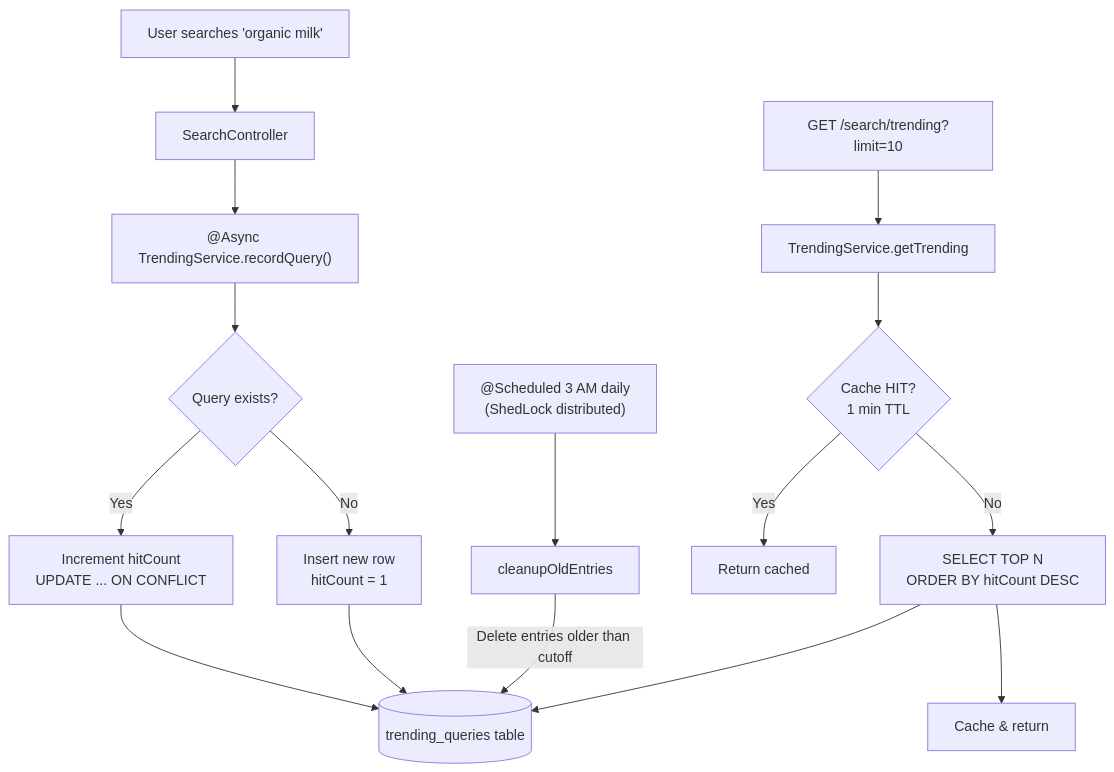
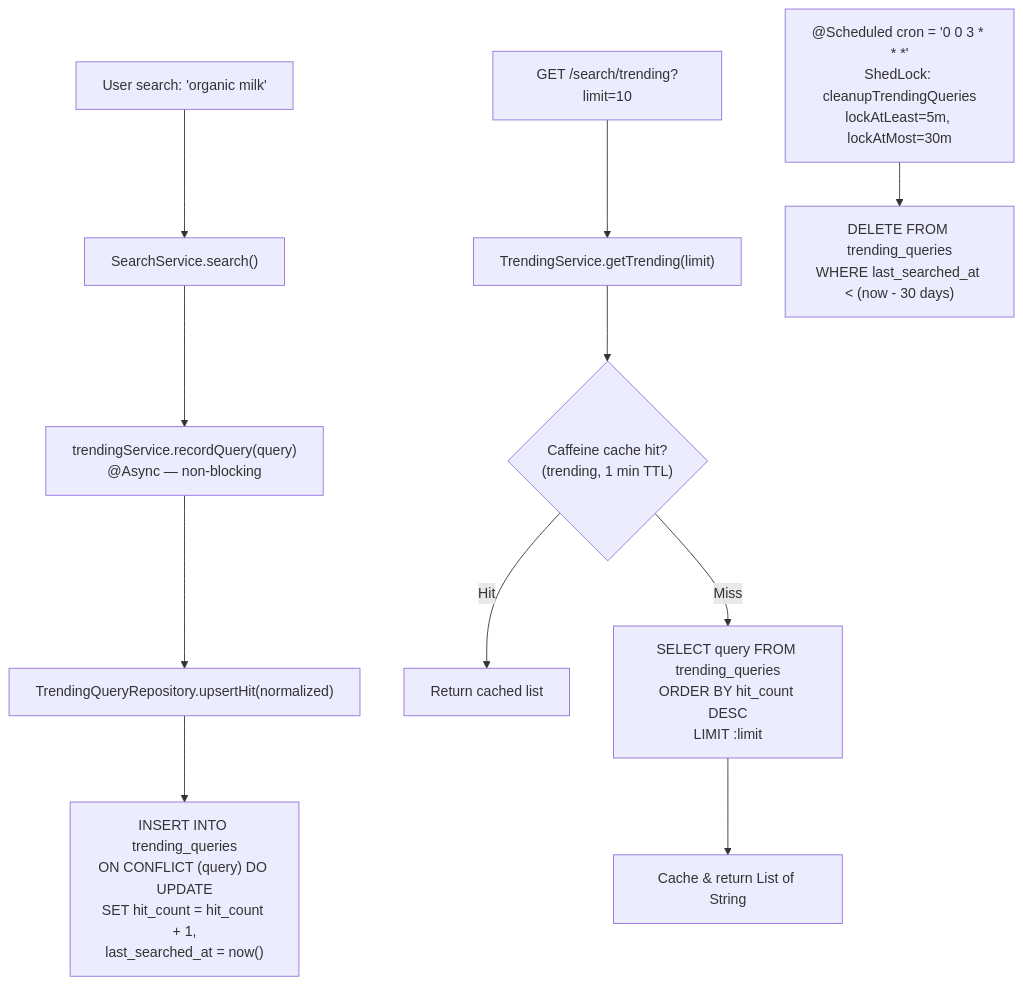
Before and after one commit to sunitakeazycommerz-a11y/InstaCommerce: the sixth of 7 diagrams in services/search-service/README.md, drawn with Mermaid. The commit also changed other lines of this file and 554 other files, not shown here.

````diff
--- a/services/search-service/README.md
+++ b/services/search-service/README.md
@@ -184,20 +362,15 @@
 ```mermaid
 flowchart TD
-    A[User searches 'organic milk'] --> B[SearchController]
-    B --> C["@Async TrendingService.recordQuery()"]
-    C --> D{Query exists?}
-    D -->|Yes| E[Increment hitCount<br/>UPDATE ... ON CONFLICT]
-    D -->|No| F[Insert new row<br/>hitCount = 1]
-    E --> G[(trending_queries table)]
-    F --> G
+    A["User search: 'organic milk'"] --> B["SearchService.search()"]
+    B --> C["trendingService.recordQuery(query)<br/>@Async — non-blocking"]
+    C --> D["TrendingQueryRepository.upsertHit(normalized)"]
+    D --> E["INSERT INTO trending_queries<br/>ON CONFLICT (query) DO UPDATE<br/>SET hit_count = hit_count + 1,<br/>last_searched_at = now()"]
 
-    H["@Scheduled 3 AM daily<br/>(ShedLock distributed)"] --> I[cleanupOldEntries]
-    I -->|Delete entries older than cutoff| G
+    F["GET /search/trending?limit=10"] --> G["TrendingService.getTrending(limit)"]
+    G --> H{"Caffeine cache hit?<br/>(trending, 1 min TTL)"}
+    H -->|Hit| I["Return cached list"]
+    H -->|Miss| J["SELECT query FROM trending_queries<br/>ORDER BY hit_count DESC<br/>LIMIT :limit"]
+    J --> K["Cache & return List of String"]
 
-    J[GET /search/trending?limit=10] --> K[TrendingService.getTrending]
-    K --> L{Cache HIT?<br/>1 min TTL}
-    L -->|Yes| M[Return cached]
-    L -->|No| N[SELECT TOP N<br/>ORDER BY hitCount DESC]
-    N --> G
-    N --> O[Cache & return]
+    L["@Scheduled cron = '0 0 3 * * *'<br/>ShedLock: cleanupTrendingQueries<br/>lockAtLeast=5m, lockAtMost=30m"] --> M["DELETE FROM trending_queries<br/>WHERE last_searched_at < (now - 30 days)"]
 ```
````
